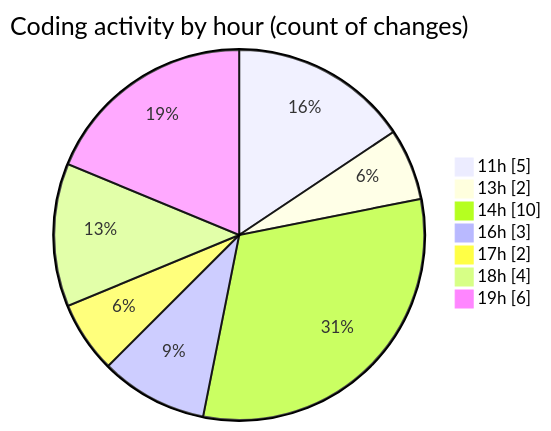
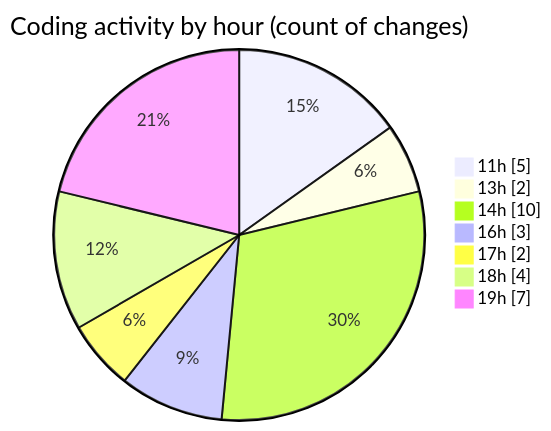
One commit to julien-gomy/code-tracking changed the second of 2 diagrams in 2025-10-27/usr_aleoudev_fr__workspace_/README.md. Above: the diagram before and after it, drawn with Mermaid. The commit also changed other lines of this file and 1 other file, not shown here.

````diff
--- a/2025-10-27/usr_aleoudev_fr__workspace_/README.md
+++ b/2025-10-27/usr_aleoudev_fr__workspace_/README.md
@@ -36,11 +36,11 @@
 ```mermaid
 pie showData
 title Coding activity by hour (count of changes)
 "11h" : 5
 "13h" : 2
 "14h" : 10
 "16h" : 3
 "17h" : 2
 "18h" : 4
-"19h" : 6
+"19h" : 7
 ```
````
